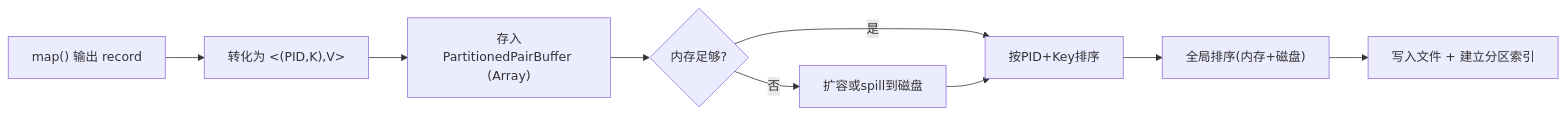
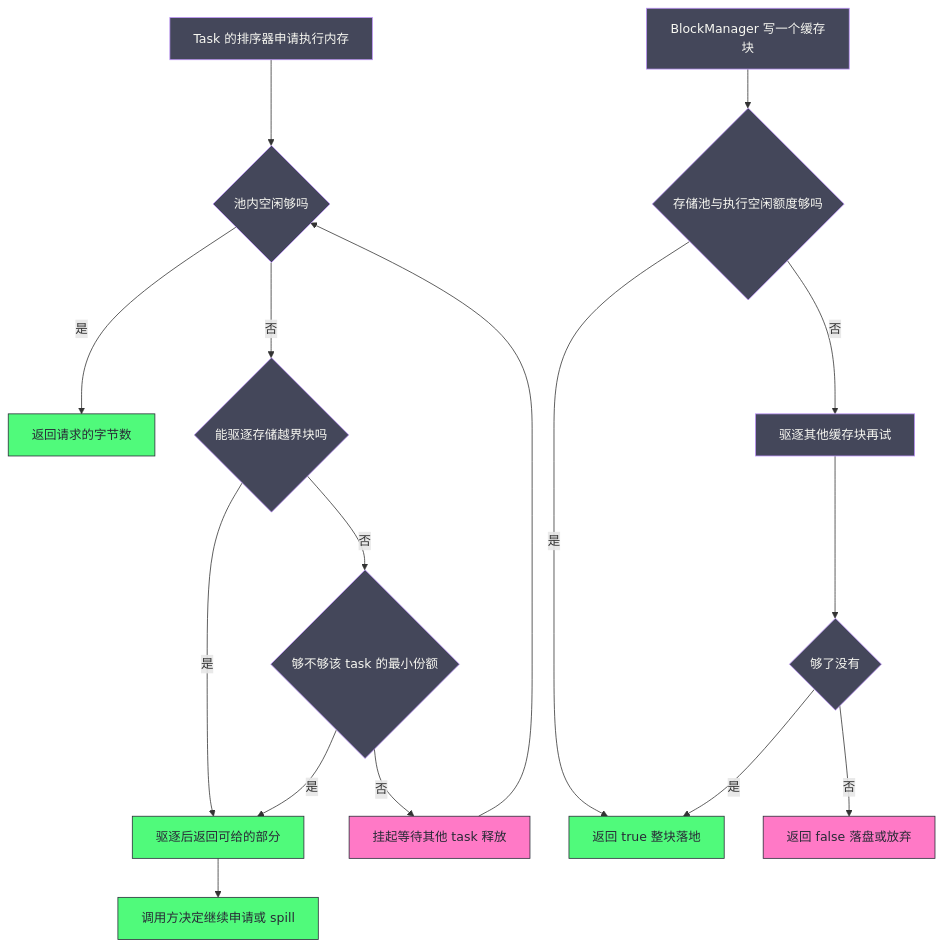
The fourth of 6 diagrams in content/大数据/大数据处理框架Apache Spark设计与实现/9.0 第9章 内存管理机制.md (hpliStartAgain/my-brain), drawn with Mermaid before and after one commit. The commit also changed other lines of this file and 455 other files, not shown here.

````diff
--- a/content/大数据/大数据处理框架Apache Spark设计与实现/9.0 第9章 内存管理机制.md
+++ b/content/大数据/大数据处理框架Apache Spark设计与实现/9.0 第9章 内存管理机制.md
@@ -249,11 +254,25 @@
 ```mermaid
-flowchart LR
-    A["map() 输出 <K,V> record"] --> B["转化为 <(PID,K),V>"]
-    B --> C["存入PartitionedPairBuffer (Array)"]
-    C --> D{内存足够?}
-    D -- 是 --> E["按PID+Key排序"]
-    D -- 否 --> F["扩容或spill到磁盘"]
-    F --> E
-    E --> G["全局排序(内存+磁盘)"]
-    G --> H["写入文件 + 建立分区索引"]
+%%{init: {'theme': 'dracula'}}%%
+flowchart TD
+    A["Task 的排序器申请执行内存"] --> B{"池内空闲够吗"}
+    B -- 是 --> C["返回请求的字节数"]
+    B -- 否 --> D{"能驱逐存储越界块吗"}
+    D -- 是 --> E["驱逐后返回可给的部分"]
+    D -- 否 --> F{"够不够该 task 的最小份额"}
+    F -- 否 --> G["挂起等待其他 task 释放"]
+    G --> B
+    F -- 是 --> E
+    E --> H["调用方决定继续申请或 spill"]
+    I["BlockManager 写一个缓存块"] --> J{"存储池与执行空闲额度够吗"}
+    J -- 是 --> K["返回 true 整块落地"]
+    J -- 否 --> L["驱逐其他缓存块再试"]
+    L --> M{"够了没有"}
+    M -- 是 --> K
+    M -- 否 --> N["返回 false 落盘或放弃"]
+    classDef ask fill:#44475a,stroke:#bd93f9,color:#f8f8f2
+    classDef ok fill:#50fa7b,stroke:#282a36,color:#282a36
+    classDef bad fill:#ff79c6,stroke:#282a36,color:#282a36
+    class A,I,B,D,F,J,L,M ask
+    class C,E,K,H ok
+    class G,N bad
 ```
````
